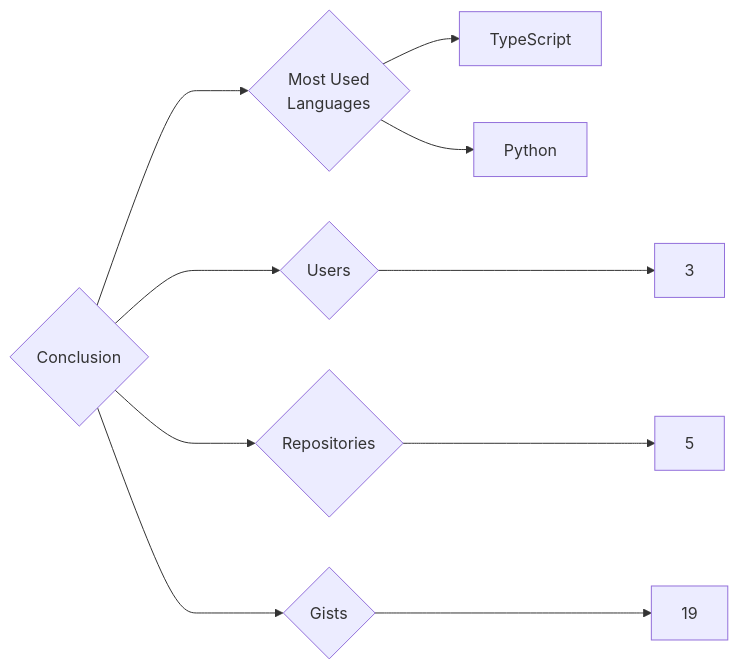
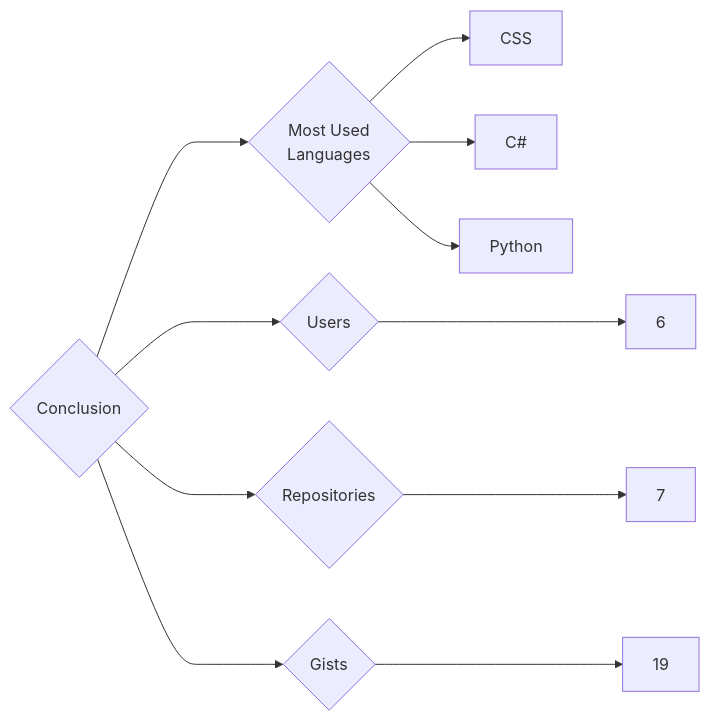
The diagram in targets/Conclusion/README.md (trickest/insiders), drawn with Mermaid before and after one commit. The commit also changed 965 other files, not shown here.

````diff
--- a/targets/Conclusion/README.md
+++ b/targets/Conclusion/README.md
@@ -3,10 +3,11 @@
 ```mermaid
 graph LR
 COMPANY_NAME{Conclusion}
-COMPANY_NAME ---> U{Users} ---> UN[3]
-COMPANY_NAME ---> R{Repositories} ---> RN[5]
+COMPANY_NAME ---> U{Users} ---> UN[6]
+COMPANY_NAME ---> R{Repositories} ---> RN[7]
 COMPANY_NAME ---> G{Gists} ---> GN[19]
 COMPANY_NAME ---> ML{Most Used<br>Languages}
-ML --> TypeScript[TypeScript]
+ML --> CSS[CSS]
+ML --> C#[C#]
 ML --> Python[Python]
 ```
````
